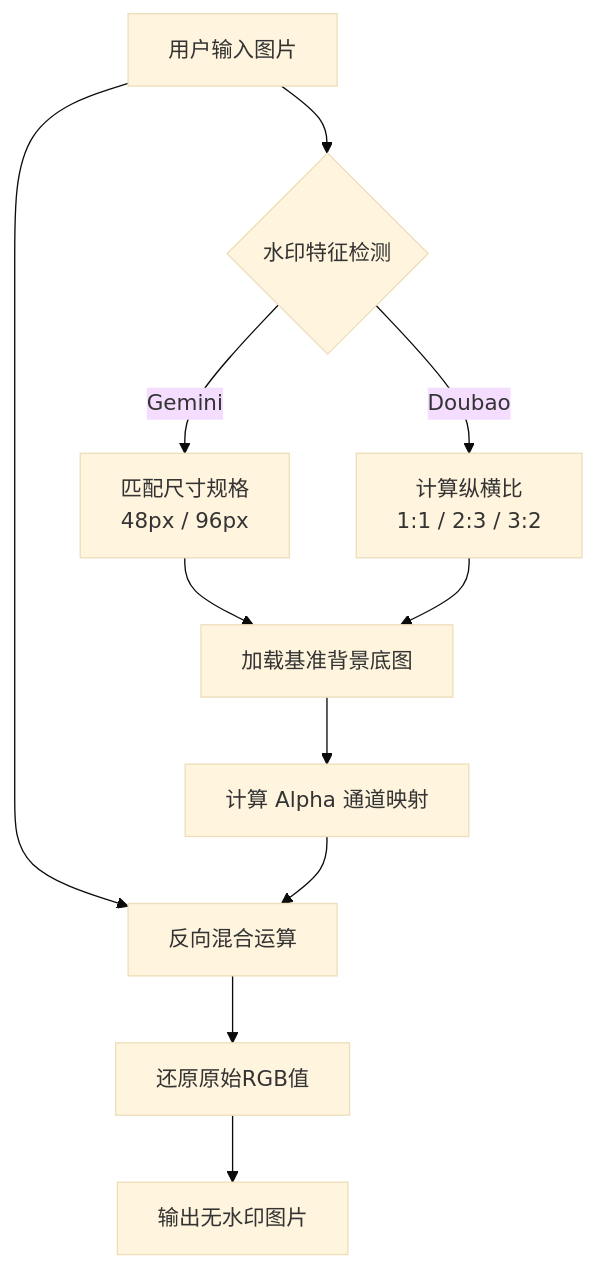
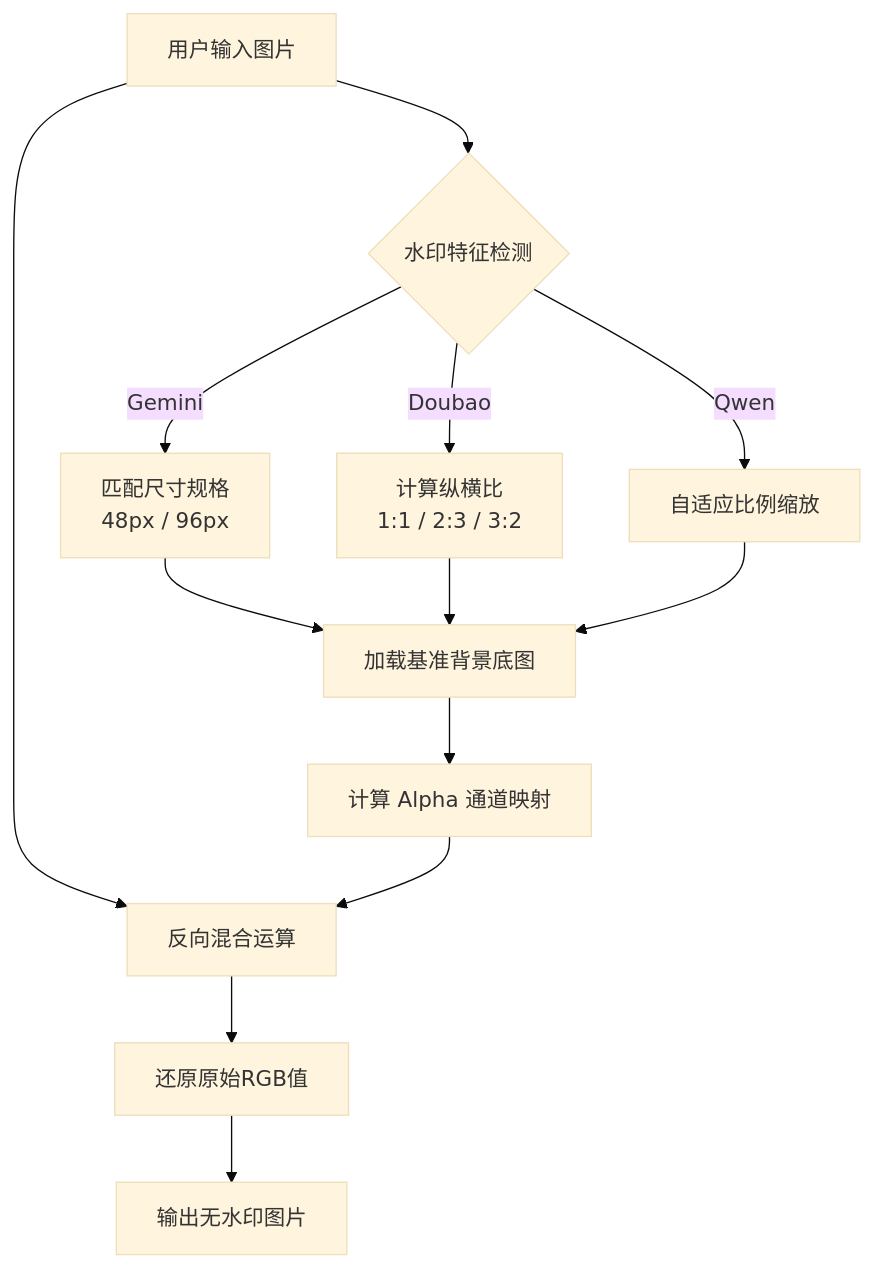
Before and after one commit to RusianHu/lsj-watermark-remover: the diagram in README.md, drawn with Mermaid (base theme). The commit also changed other lines of this file and 8 other files, not shown here.

````diff
--- a/README.md
+++ b/README.md
@@ -11,17 +11,19 @@
 ```mermaid
 graph TD
     Input[用户输入图片] --> Detect{水印特征检测}
     
     Detect -- Gemini --> ConfigG[匹配尺寸规格<br/>48px / 96px]
     Detect -- Doubao --> ConfigD[计算纵横比<br/>1:1 / 2:3 / 3:2]
+    Detect -- Qwen --> ConfigQ[自适应比例缩放]
     
     ConfigG --> LoadRef[加载基准背景底图]
     ConfigD --> LoadRef
+    ConfigQ --> LoadRef
     
     LoadRef --> AlphaCalc[计算 Alpha 通道映射]
     Input --> Blend[反向混合运算]
     AlphaCalc --> Blend
     
     Blend --> Restore[还原原始RGB值]
     Restore --> Output[输出无水印图片]
 ```
````
